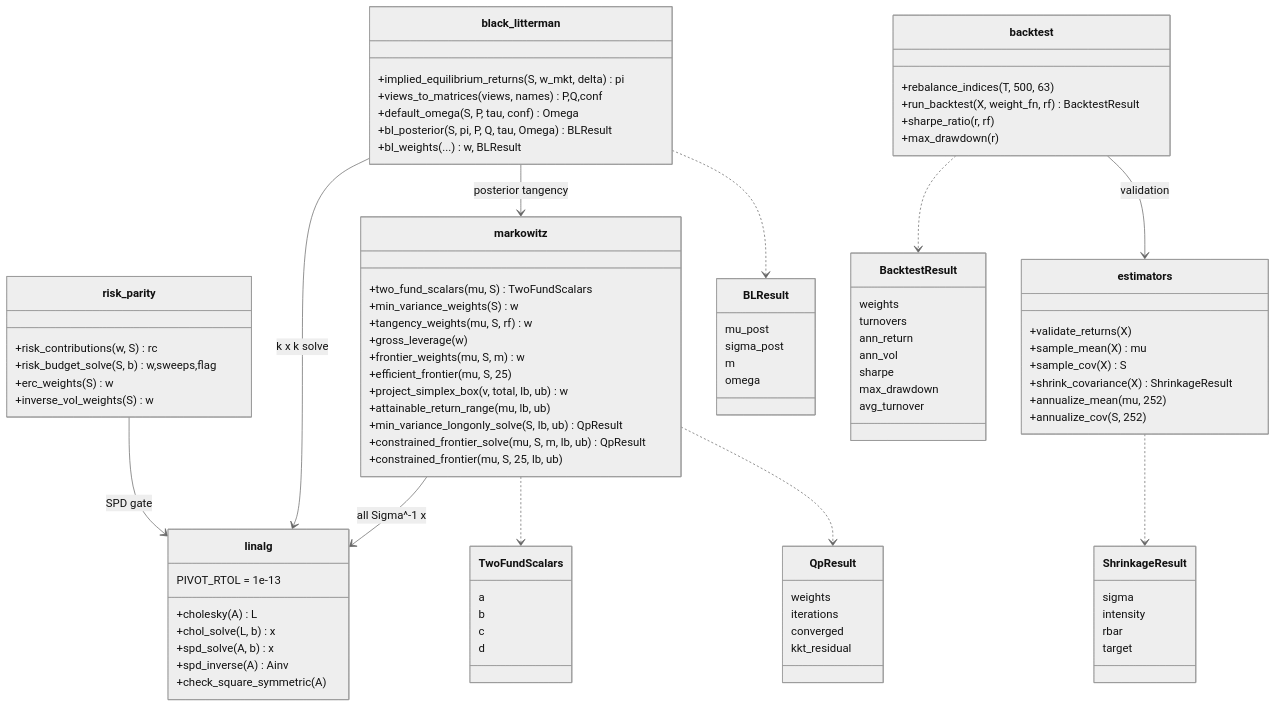
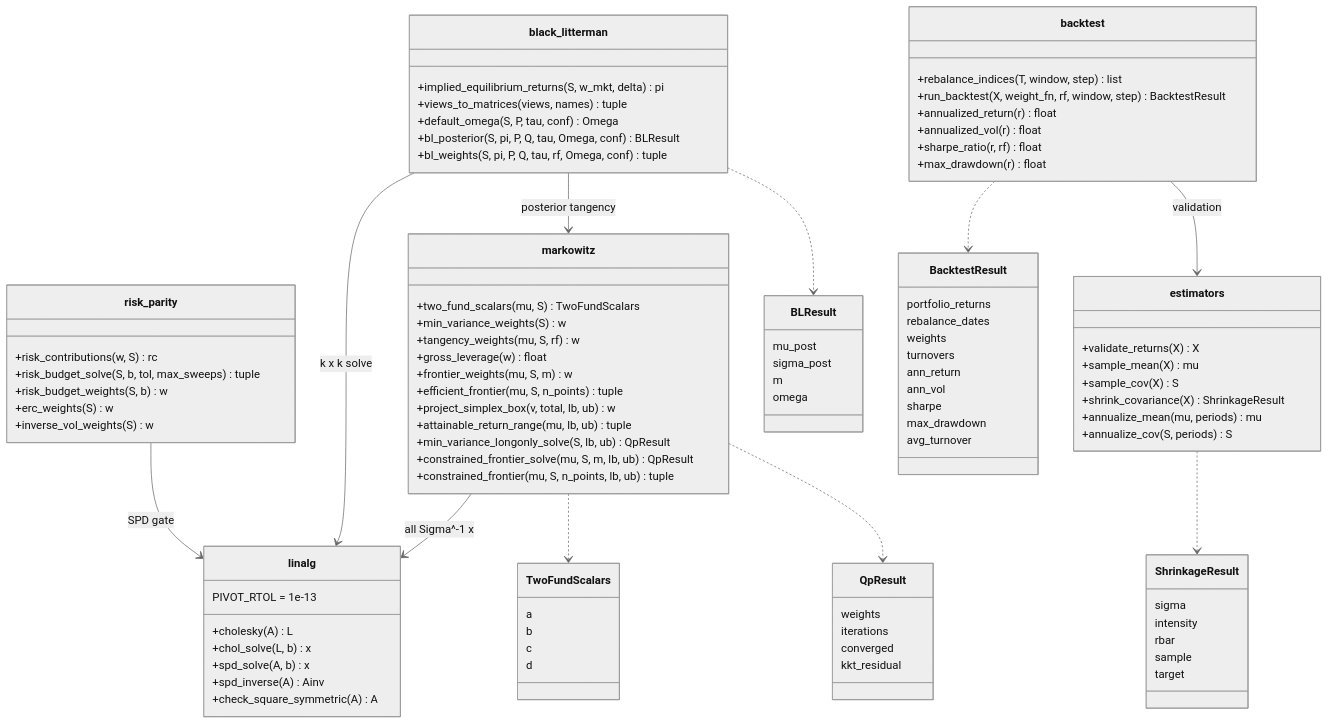
Before and after one commit to AshJha0/portfolio-construction: the diagram in docs/diagrams/modules.mmd, drawn with Mermaid (neutral theme). The commit also changed 91 other files, not shown here.

```diff
--- a/docs/diagrams/modules.mmd
+++ b/docs/diagrams/modules.mmd
@@ -1,93 +1,99 @@
 classDiagram
     class linalg {
         +cholesky(A) L
         +chol_solve(L, b) x
         +spd_solve(A, b) x
         +spd_inverse(A) Ainv
-        +check_square_symmetric(A)
+        +check_square_symmetric(A) A
         PIVOT_RTOL = 1e-13
     }
     class estimators {
-        +validate_returns(X)
+        +validate_returns(X) X
         +sample_mean(X) mu
         +sample_cov(X) S
         +shrink_covariance(X) ShrinkageResult
-        +annualize_mean(mu, 252)
-        +annualize_cov(S, 252)
+        +annualize_mean(mu, periods) mu
+        +annualize_cov(S, periods) S
     }
     class markowitz {
         +two_fund_scalars(mu, S) TwoFundScalars
         +min_variance_weights(S) w
         +tangency_weights(mu, S, rf) w
-        +gross_leverage(w)
+        +gross_leverage(w) float
         +frontier_weights(mu, S, m) w
-        +efficient_frontier(mu, S, 25)
+        +efficient_frontier(mu, S, n_points) tuple
         +project_simplex_box(v, total, lb, ub) w
-        +attainable_return_range(mu, lb, ub)
+        +attainable_return_range(mu, lb, ub) tuple
         +min_variance_longonly_solve(S, lb, ub) QpResult
         +constrained_frontier_solve(mu, S, m, lb, ub) QpResult
-        +constrained_frontier(mu, S, 25, lb, ub)
+        +constrained_frontier(mu, S, n_points, lb, ub) tuple
     }
     class black_litterman {
         +implied_equilibrium_returns(S, w_mkt, delta) pi
-        +views_to_matrices(views, names) P,Q,conf
+        +views_to_matrices(views, names) tuple
         +default_omega(S, P, tau, conf) Omega
-        +bl_posterior(S, pi, P, Q, tau, Omega) BLResult
-        +bl_weights(...) w, BLResult
+        +bl_posterior(S, pi, P, Q, tau, Omega, conf) BLResult
+        +bl_weights(S, pi, P, Q, tau, rf, Omega, conf) tuple
     }
     class risk_parity {
         +risk_contributions(w, S) rc
-        +risk_budget_solve(S, b) w,sweeps,flag
+        +risk_budget_solve(S, b, tol, max_sweeps) tuple
+        +risk_budget_weights(S, b) w
         +erc_weights(S) w
         +inverse_vol_weights(S) w
     }
     class backtest {
-        +rebalance_indices(T, 500, 63)
-        +run_backtest(X, weight_fn, rf) BacktestResult
-        +sharpe_ratio(r, rf)
-        +max_drawdown(r)
+        +rebalance_indices(T, window, step) list
+        +run_backtest(X, weight_fn, rf, window, step) BacktestResult
+        +annualized_return(r) float
+        +annualized_vol(r) float
+        +sharpe_ratio(r, rf) float
+        +max_drawdown(r) float
     }
     class TwoFundScalars {
         a
         b
         c
         d
     }
     class QpResult {
         weights
         iterations
         converged
         kkt_residual
     }
     class ShrinkageResult {
         sigma
         intensity
         rbar
+        sample
         target
     }
     class BLResult {
         mu_post
         sigma_post
         m
         omega
     }
     class BacktestResult {
+        portfolio_returns
+        rebalance_dates
         weights
         turnovers
         ann_return
         ann_vol
         sharpe
         max_drawdown
         avg_turnover
     }
 
     markowitz --> linalg : all Sigma^-1 x
     black_litterman --> linalg : k x k solve
     black_litterman --> markowitz : posterior tangency
     risk_parity --> linalg : SPD gate
     backtest --> estimators : validation
     markowitz ..> TwoFundScalars
     markowitz ..> QpResult
     estimators ..> ShrinkageResult
     black_litterman ..> BLResult
     backtest ..> BacktestResult
```
